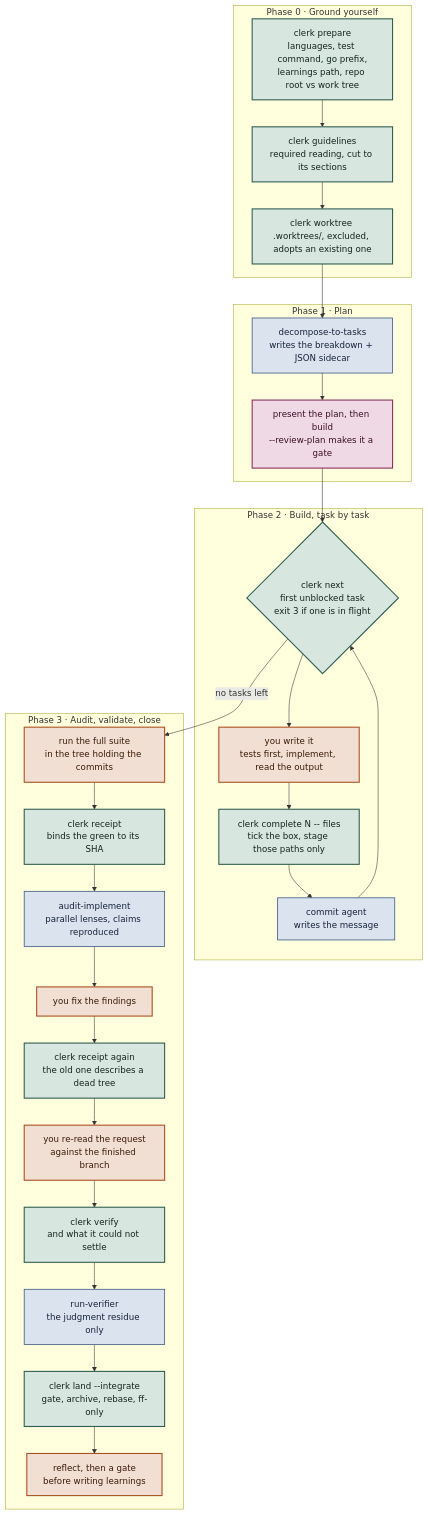
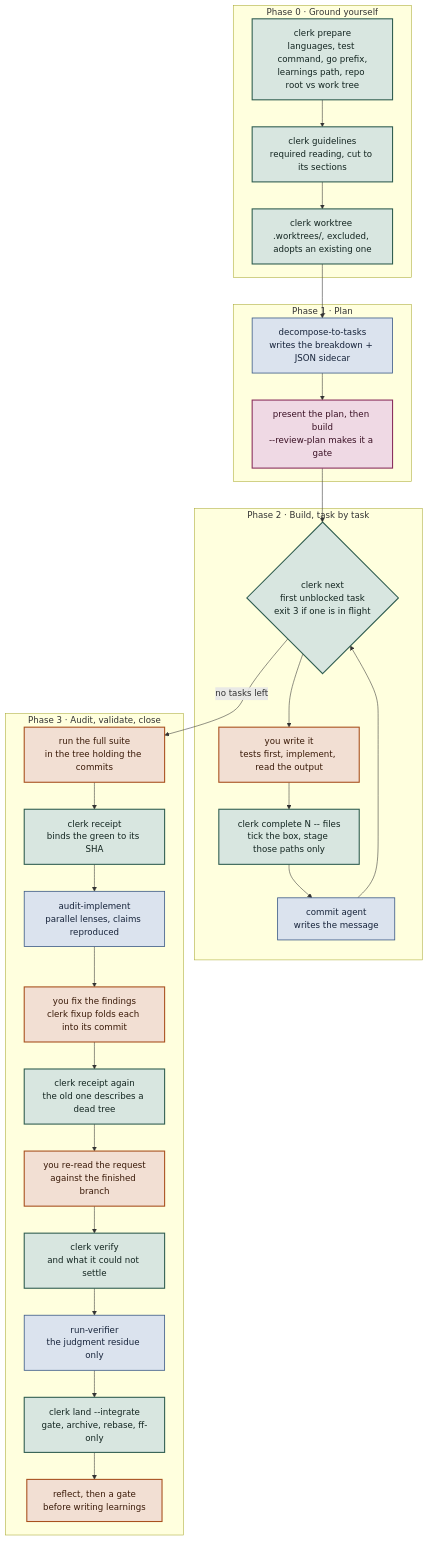
The first of 3 diagrams in link/common/dot-config/.config/ai/method/README.md (hpcsc/dotfiles), drawn with Mermaid before and after one commit. The commit also changed other lines of this file and 5 other files, not shown here.

````diff
--- a/link/common/dot-config/.config/ai/method/README.md
+++ b/link/common/dot-config/.config/ai/method/README.md
@@ -62,40 +62,40 @@
 ```mermaid
 flowchart TD
   subgraph P0["Phase 0 · Ground yourself"]
     A["clerk prepare<br/>languages, test command, go prefix,<br/>learnings path, repo root vs work tree"]
     A --> B["clerk guidelines<br/>required reading, cut to its sections"]
     B --> C["clerk worktree <name><br/>.worktrees/, excluded, adopts an existing one"]
   end
   subgraph P1["Phase 1 · Plan"]
     C --> D["decompose-to-tasks<br/>writes the breakdown + JSON sidecar"]
     D --> G1["present the plan, then build<br/>--review-plan makes it a gate"]
   end
   subgraph P2["Phase 2 · Build, task by task"]
     G1 --> E{"clerk next<br/>first unblocked task<br/>exit 3 if one is in flight"}
     E --> F["you write it<br/>tests first, implement, read the output"]
     F --> H["clerk complete N -- files<br/>tick the box, stage those paths only"]
     H --> I["commit agent<br/>writes the message"]
     I --> E
   end
   subgraph P3["Phase 3 · Audit, validate, close"]
     E -->|"no tasks left"| J["run the full suite<br/>in the tree holding the commits"]
     J --> K["clerk receipt<br/>binds the green to its SHA"]
     K --> L["audit-implement<br/>parallel lenses, claims reproduced"]
-    L --> M["you fix the findings"]
+    L --> M["you fix the findings<br/>clerk fixup folds each into its commit"]
     M --> N["clerk receipt again<br/>the old one describes a dead tree"]
     N --> O["you re-read the request<br/>against the finished branch"]
     O --> P["clerk verify<br/>and what it could not settle"]
     P --> Q["run-verifier<br/>the judgment residue only"]
     Q --> R["clerk land --integrate<br/>gate, archive, rebase, ff-only"]
     R --> S["reflect, then a gate<br/>before writing learnings"]
   end
   classDef clerk fill:#D8E6E0,stroke:#2F5D50,stroke-width:2px,color:#132520
   classDef you fill:#F2DFD3,stroke:#A8501E,stroke-width:2px,color:#3A1A08
   classDef agent fill:#DBE3EE,stroke:#3E5C88,stroke-width:1.5px,color:#16233A
   classDef gate fill:#EFD9E4,stroke:#8A2E5D,stroke-width:2px,color:#3A1024
   class A,B,C,E,H,K,N,P,R clerk
   class F,M,O,S you
   class D,I,L,Q agent
   class G1 gate
   class J you
 ```
````
